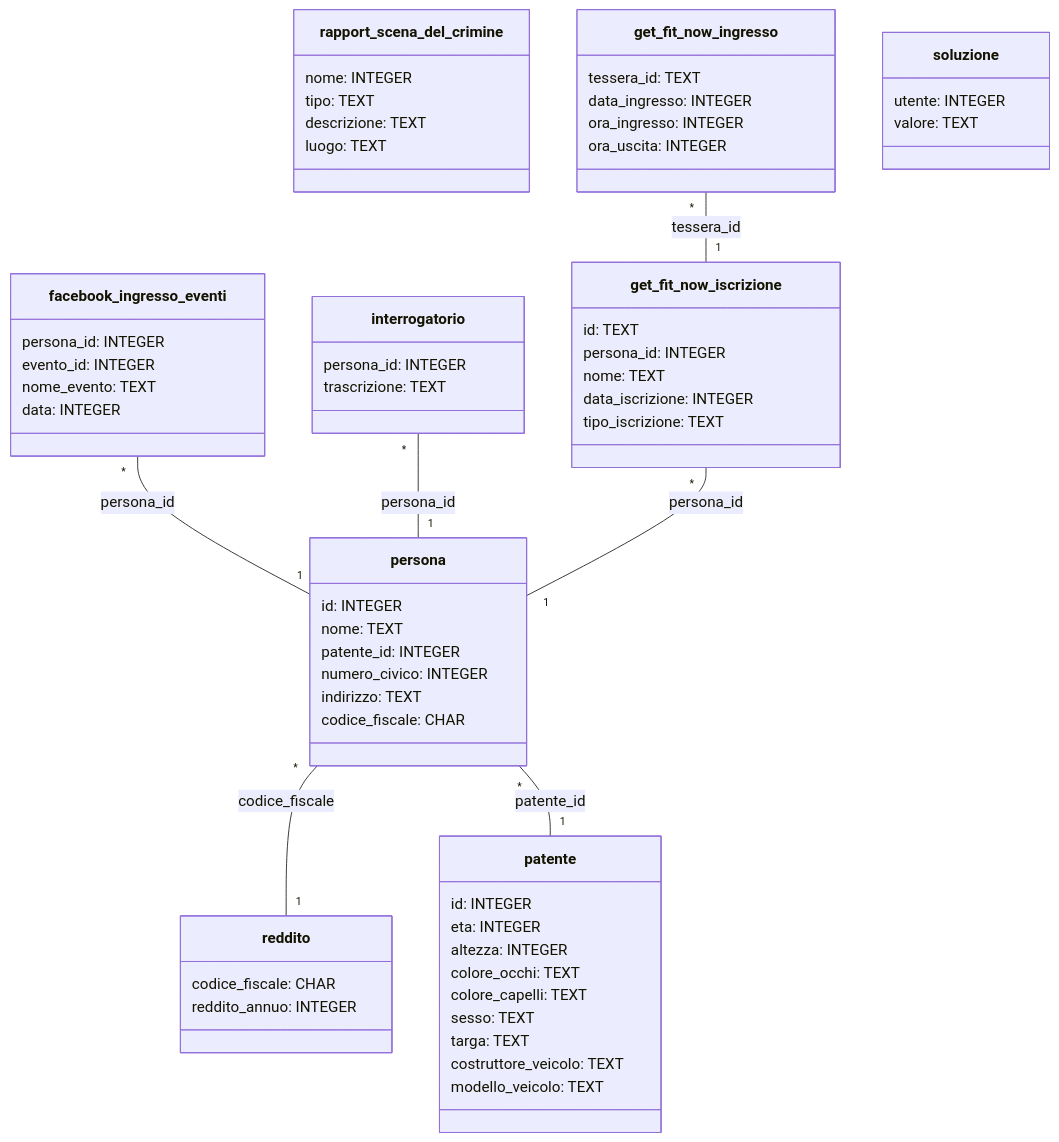
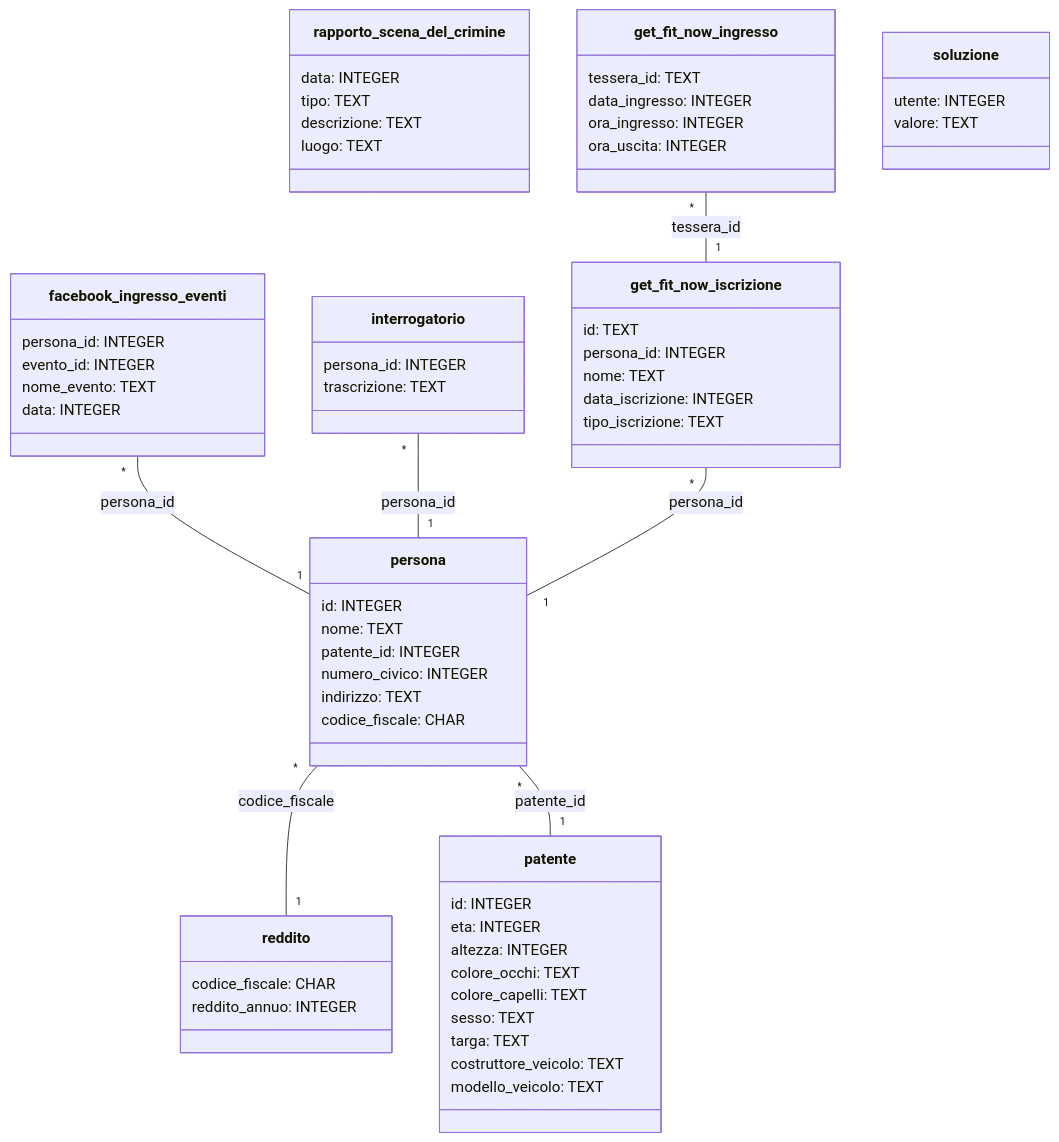
One commit to gionatamassibenincasa/database-didattici changed the diagram in sql-mysteries/doc/omicidio_sql_city.mermaid. Above: the diagram before and after it, drawn with Mermaid. The commit also changed 4 other files, not shown here.

```diff
--- a/sql-mysteries/doc/omicidio_sql_city.mermaid
+++ b/sql-mysteries/doc/omicidio_sql_city.mermaid
@@ -1,72 +1,72 @@
 classDiagram
-class rapport_scena_del_crimine {
-	nome: INTEGER
+class rapporto_scena_del_crimine {
+	data: INTEGER
 	tipo: TEXT
 	descrizione: TEXT
 	luogo: TEXT
 }
 
 class patente {
 	id: INTEGER
 	eta: INTEGER
 	altezza: INTEGER
 	colore_occhi: TEXT
 	colore_capelli: TEXT
 	sesso: TEXT
 	targa: TEXT
 	costruttore_veicolo: TEXT
 	modello_veicolo: TEXT
 }
 
 class facebook_ingresso_eventi {
 	persona_id: INTEGER
 	evento_id: INTEGER
 	nome_evento: TEXT
 	data: INTEGER
 }
 
 class interrogatorio {
 	persona_id: INTEGER
 	trascrizione: TEXT
 }
 
 class get_fit_now_iscrizione {
 	id: TEXT
 	persona_id: INTEGER
 	nome: TEXT
 	data_iscrizione: INTEGER
 	tipo_iscrizione: TEXT
 }
 
 class get_fit_now_ingresso {
 	tessera_id: TEXT
 	data_ingresso: INTEGER
 	ora_ingresso: INTEGER
 	ora_uscita: INTEGER
 }
 
 class soluzione {
 	utente: INTEGER
 	valore: TEXT
 }
 
 class reddito {
 	codice_fiscale: CHAR
 	reddito_annuo: INTEGER
 }
 
 class persona {
 	id: INTEGER
 	nome: TEXT
 	patente_id: INTEGER
 	numero_civico: INTEGER
 	indirizzo: TEXT
 	codice_fiscale: CHAR
 }
 
 facebook_ingresso_eventi "*" -- "1" persona : persona_id
 interrogatorio "*" -- "1" persona : persona_id
 get_fit_now_iscrizione "*" -- "1" persona : persona_id
 get_fit_now_ingresso "*" -- "1" get_fit_now_iscrizione : tessera_id
 persona "*" -- "1" reddito : codice_fiscale
 persona "*" -- "1" patente : patente_id
```
